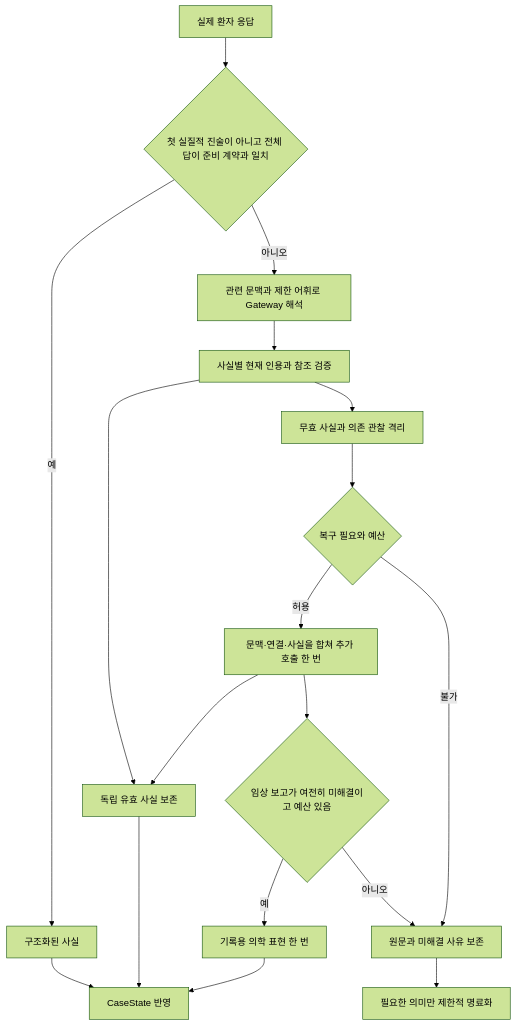
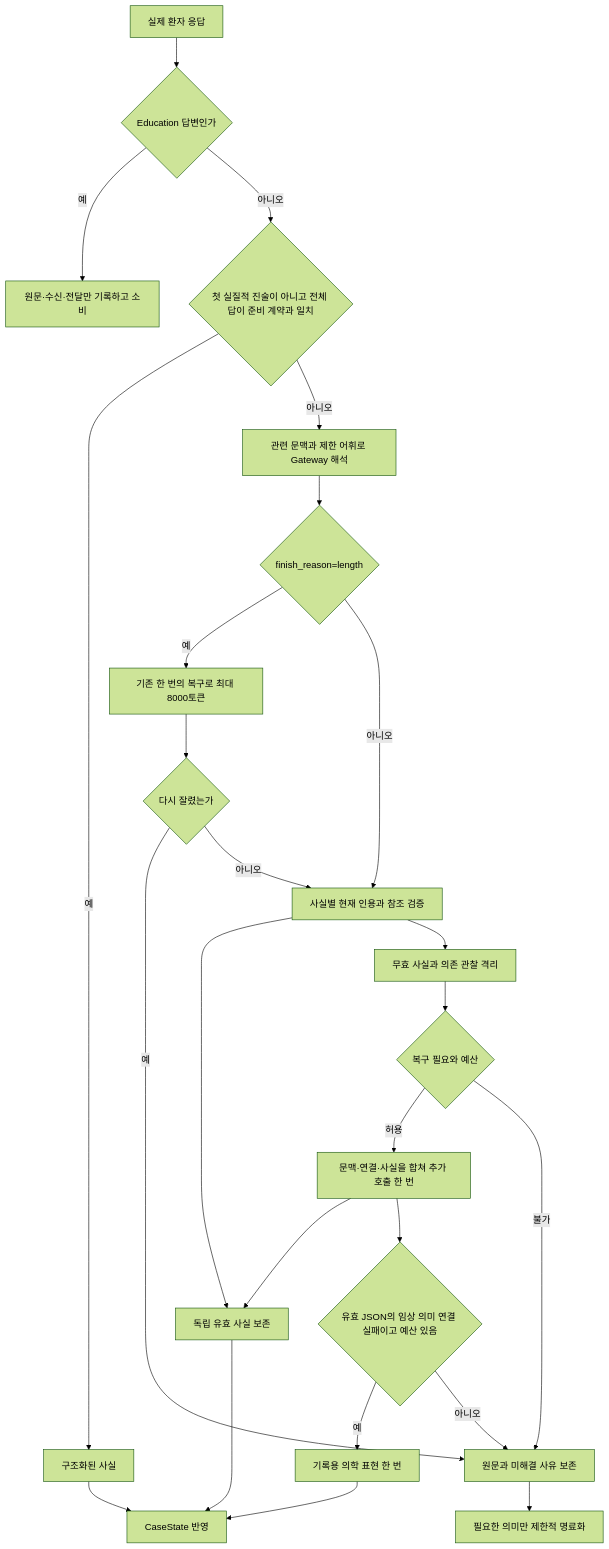
Before and after one commit to devRestain/Ontoward: the seventh of 16 diagrams in submission/README.md, drawn with Mermaid (forest theme). The commit also changed other lines of this file and 58 other files, not shown here.

````diff
--- a/submission/README.md
+++ b/submission/README.md
@@ -355,20 +361,27 @@
 ```mermaid
 flowchart TD
-    Input[실제 환자 응답] --> Fixed{첫 실질적 진술이 아니고 전체 답이 준비 계약과 일치}
+    Input[실제 환자 응답] --> Education{Education 답변인가}
+    Education -->|예| Raw[원문·수신·전달만 기록하고 소비]
+    Education -->|아니오| Fixed{첫 실질적 진술이 아니고 전체 답이 준비 계약과 일치}
     Fixed -->|예| Facts[구조화된 사실]
     Fixed -->|아니오| Primary[관련 문맥과 제한 어휘로 Gateway 해석]
-    Primary --> Validate[사실별 현재 인용과 참조 검증]
+    Primary --> Length{finish_reason=length}
+    Length -->|예| Larger[기존 한 번의 복구로 최대 8000토큰]
+    Larger --> Again{다시 잘렸는가}
+    Again -->|예| Unknown
+    Again -->|아니오| Validate
+    Length -->|아니오| Validate[사실별 현재 인용과 참조 검증]
     Validate --> Independent[독립 유효 사실 보존]
     Validate --> Quarantine[무효 사실과 의존 관찰 격리]
     Quarantine --> Repair{복구 필요와 예산}
     Repair -->|허용| One[문맥·연결·사실을 합쳐 추가 호출 한 번]
     One --> Independent
-    One --> Remaining{임상 보고가 여전히 미해결이고 예산 있음}
+    One --> Remaining{유효 JSON의 임상 의미 연결 실패이고 예산 있음}
     Remaining -->|예| Medical[기록용 의학 표현 한 번]
     Medical --> Apply
     Remaining -->|아니오| Unknown
     Repair -->|불가| Unknown[원문과 미해결 사유 보존]
     Facts --> Apply[CaseState 반영]
     Independent --> Apply
     Unknown --> Clarify[필요한 의미만 제한적 명료화]
 ```
````
